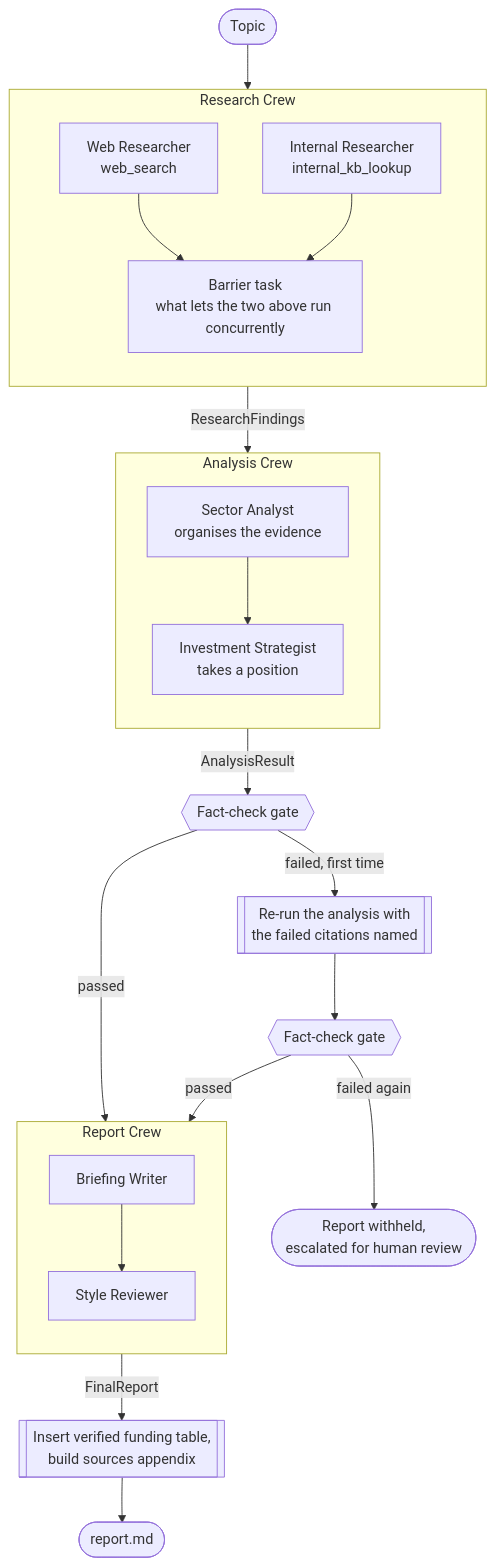
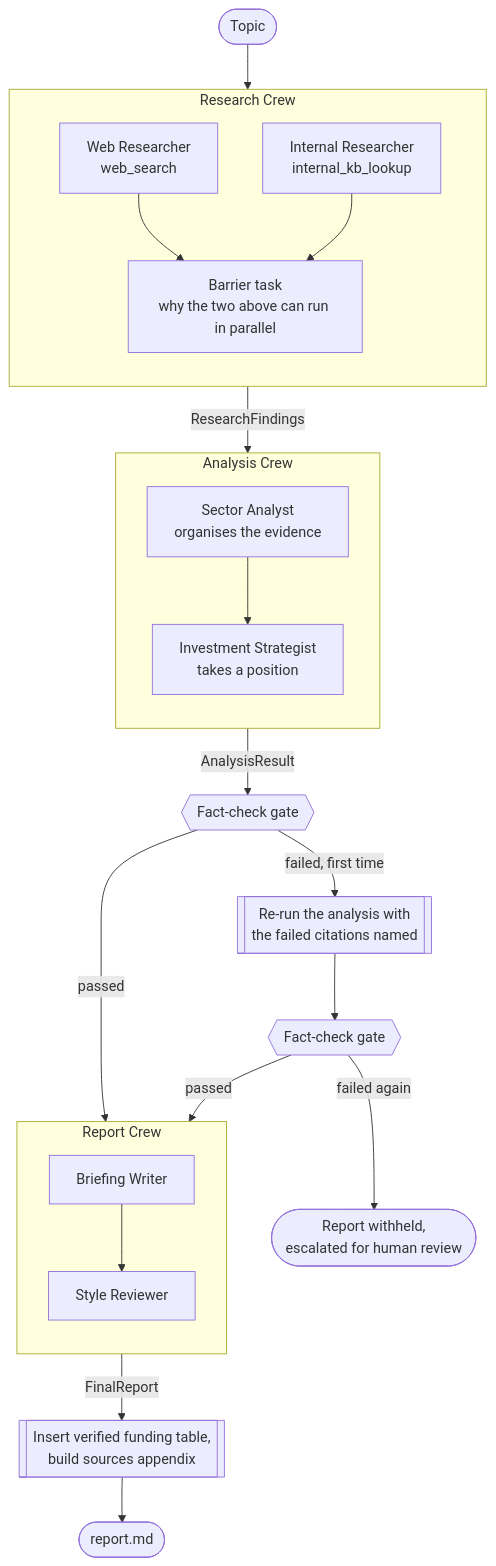
Before and after one commit to quandrixx/crewai_exec_deep_research_agent: the diagram in README.md, drawn with Mermaid. The commit also changed other lines of this file and 47 other files, not shown here.

````diff
--- a/README.md
+++ b/README.md
@@ -99,40 +108,40 @@
 ```mermaid
 flowchart TD
     topic(["Topic"]) --> research
 
     subgraph research["Research Crew"]
         direction TB
         web["Web Researcher<br/>web_search"]
         internal["Internal Researcher<br/>internal_kb_lookup"]
-        barrier["Barrier task<br/>what lets the two above run concurrently"]
+        barrier["Barrier task<br/>why the two above can run in parallel"]
         web --> barrier
         internal --> barrier
     end
 
     research -->|ResearchFindings| analysis
 
     subgraph analysis["Analysis Crew"]
         direction TB
         sector["Sector Analyst<br/>organises the evidence"]
         strategist["Investment Strategist<br/>takes a position"]
         sector --> strategist
     end
 
     analysis -->|AnalysisResult| gate{{"Fact-check gate"}}
 
     gate -->|passed| report
     gate -->|"failed, first time"| revise[["Re-run the analysis with<br/>the failed citations named"]]
     revise --> regate{{"Fact-check gate"}}
     regate -->|passed| report
     regate -->|"failed again"| escalate(["Report withheld,<br/>escalated for human review"])
 
     subgraph report["Report Crew"]
         direction TB
         writer["Briefing Writer"]
         reviewer["Style Reviewer"]
         writer --> reviewer
     end
 
     report -->|FinalReport| assemble[["Insert verified funding table,<br/>build sources appendix"]]
     assemble --> out(["report.md"])
 ```
````
